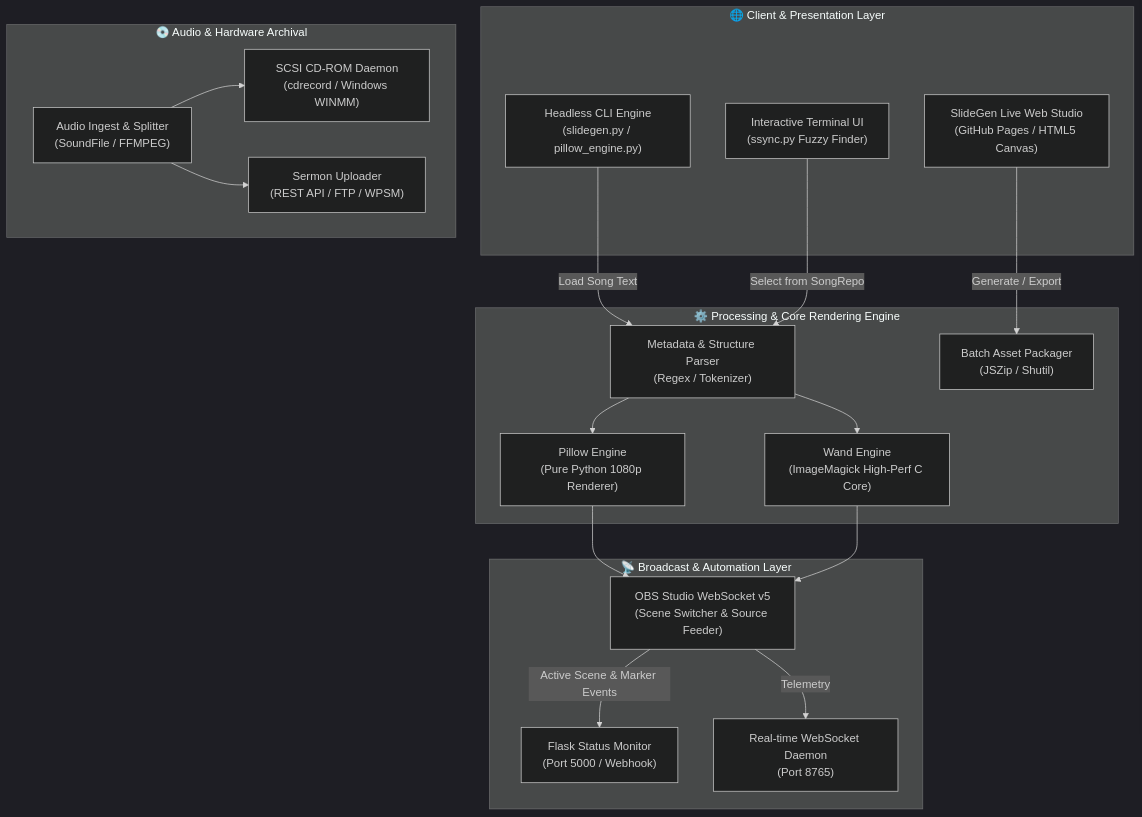
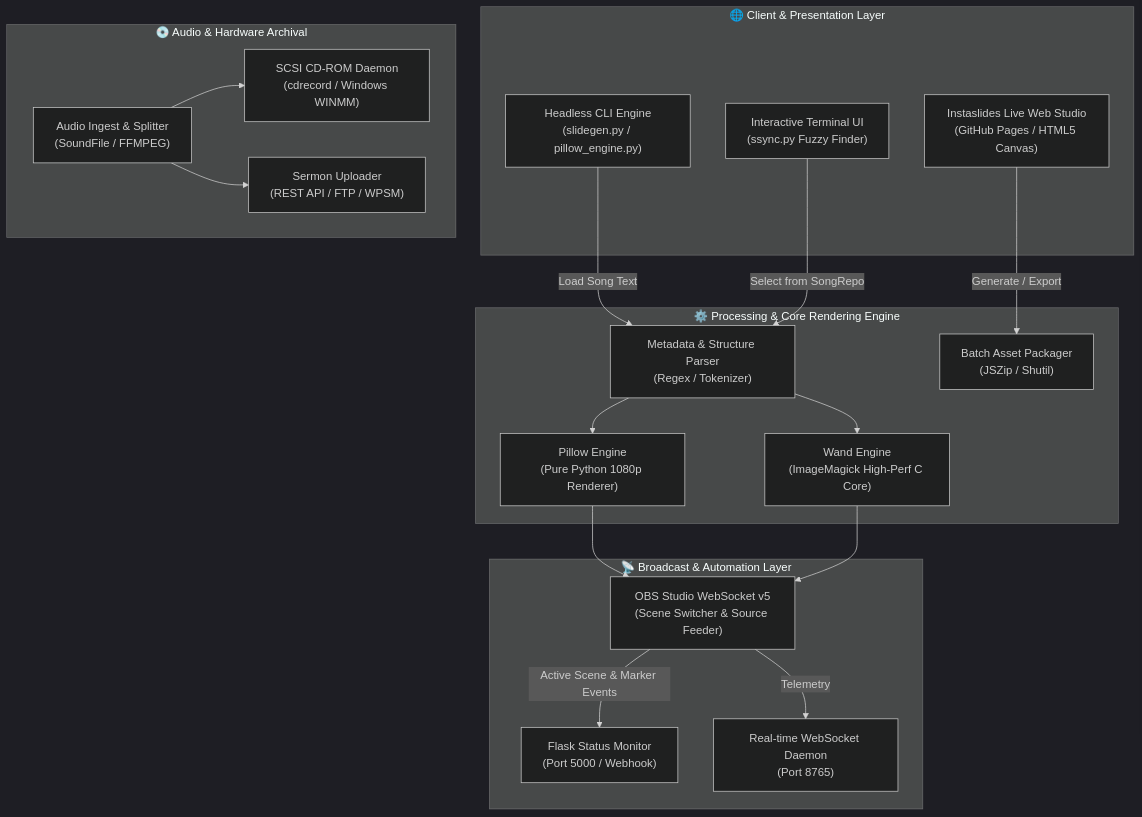
The diagram in README.md (Aditya001-max/Instaslides), drawn with Mermaid (dark theme) before and after one commit. The commit also changed other lines of this file and 2 other files, not shown here.

Commit message:
docs: add interactive testing guide, hero launch buttons, and Instaslides branding

````diff
--- a/README.md
+++ b/README.md
@@ -63,39 +143,39 @@
 ```mermaid
 flowchart TD
     subgraph ClientTier["🌐 Client & Presentation Layer"]
-        WebUI["SlideGen Live Web Studio<br/>(GitHub Pages / HTML5 Canvas)"]
+        WebUI["Instaslides Live Web Studio<br/>(GitHub Pages / HTML5 Canvas)"]
         CLI["Headless CLI Engine<br/>(slidegen.py / pillow_engine.py)"]
         FZF["Interactive Terminal UI<br/>(ssync.py Fuzzy Finder)"]
     end
 
     subgraph CoreEngine["⚙️ Processing & Core Rendering Engine"]
         Parser["Metadata & Structure Parser<br/>(Regex / Tokenizer)"]
         RenderPillow["Pillow Engine<br/>(Pure Python 1080p Renderer)"]
         RenderWand["Wand Engine<br/>(ImageMagick High-Perf C Core)"]
         ZipPacker["Batch Asset Packager<br/>(JSZip / Shutil)"]
     end
 
     subgraph Integrations["📡 Broadcast & Automation Layer"]
         OBS["OBS Studio WebSocket v5<br/>(Scene Switcher & Source Feeder)"]
         HTTPStatus["Flask Status Monitor<br/>(Port 5000 / Webhook)"]
         WSStatus["Real-time WebSocket Daemon<br/>(Port 8765)"]
     end
 
     subgraph Archival["💿 Audio & Hardware Archival"]
         AudioRec["Audio Ingest & Splitter<br/>(SoundFile / FFMPEG)"]
         SCSI["SCSI CD-ROM Daemon<br/>(cdrecord / Windows WINMM)"]
         CloudSync["Sermon Uploader<br/>(REST API / FTP / WPSM)"]
     end
 
     WebUI -->|Generate / Export| ZipPacker
     CLI -->|Load Song Text| Parser
     FZF -->|Select from SongRepo| Parser
     Parser --> RenderPillow
     Parser --> RenderWand
     RenderPillow --> OBS
     RenderWand --> OBS
     OBS -->|Active Scene & Marker Events| HTTPStatus
     OBS -->|Telemetry| WSStatus
     AudioRec --> SCSI
     AudioRec --> CloudSync
 ```
````
